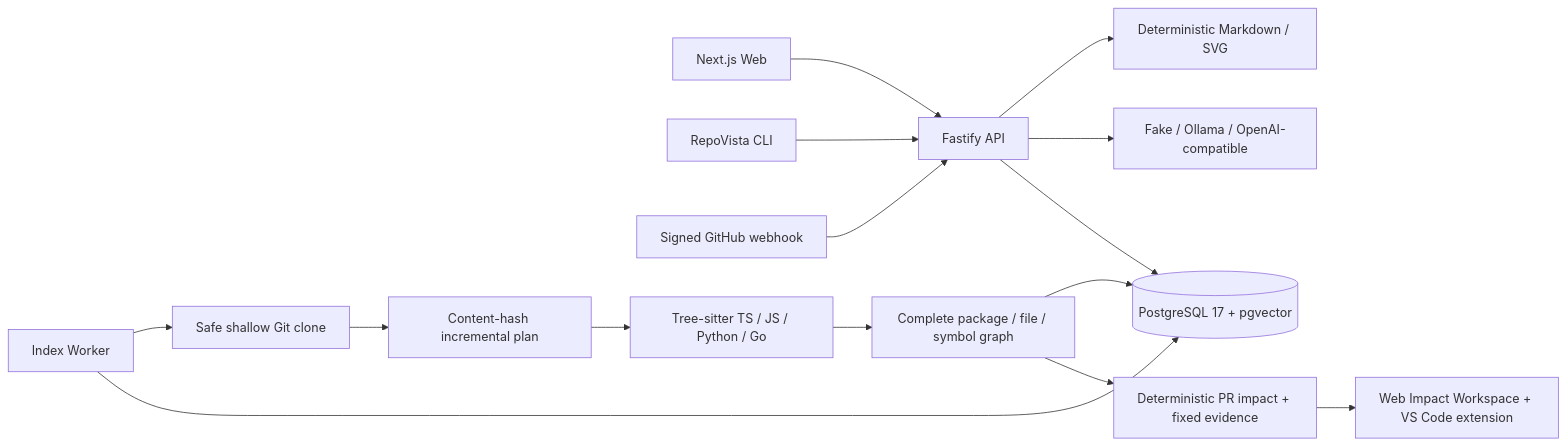
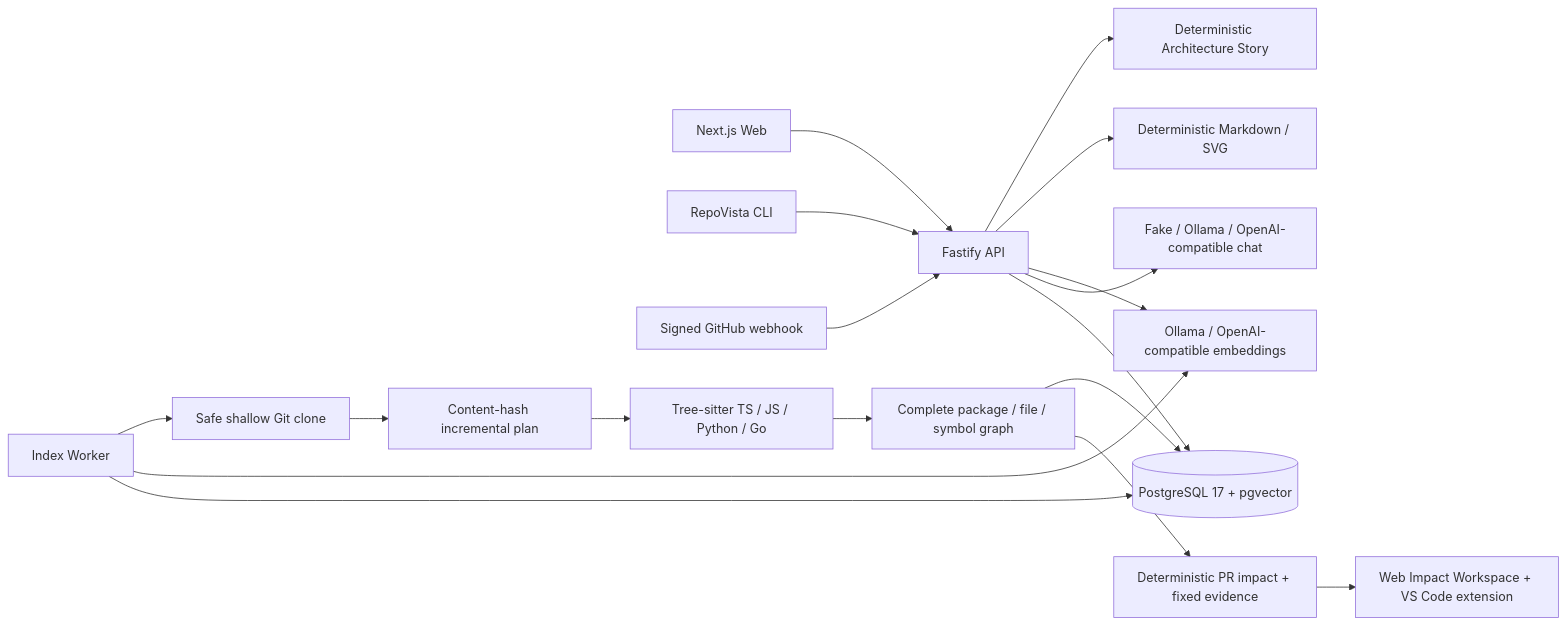
The diagram in README.md (githubyangjiaxun/repovista), drawn with Mermaid before and after one commit. The commit also changed other lines of this file and 49 other files, not shown here.

````diff
--- a/README.md
+++ b/README.md
@@ -133,17 +183,20 @@
 ```mermaid
 flowchart LR
     Browser[Next.js Web] --> API[Fastify API]
     CLI[RepoVista CLI] --> API
     GitHub[Signed GitHub webhook] --> API
     API --> PG[(PostgreSQL 17 + pgvector)]
-    API --> Model[Fake / Ollama / OpenAI-compatible]
+    API --> Chat[Fake / Ollama / OpenAI-compatible chat]
+    API --> Embed[Ollama / OpenAI-compatible embeddings]
     API --> Export[Deterministic Markdown / SVG]
+    API --> Story[Deterministic Architecture Story]
     Worker[Index Worker] --> PG
+    Worker --> Embed
     Worker --> Git[Safe shallow Git clone]
     Git --> Plan[Content-hash incremental plan]
     Plan --> Parser[Tree-sitter TS / JS / Python / Go]
     Parser --> Graph[Complete package / file / symbol graph]
     Graph --> Impact[Deterministic PR impact + fixed evidence]
     Impact --> Editor[Web Impact Workspace + VS Code extension]
     Graph --> PG
 ```
````
